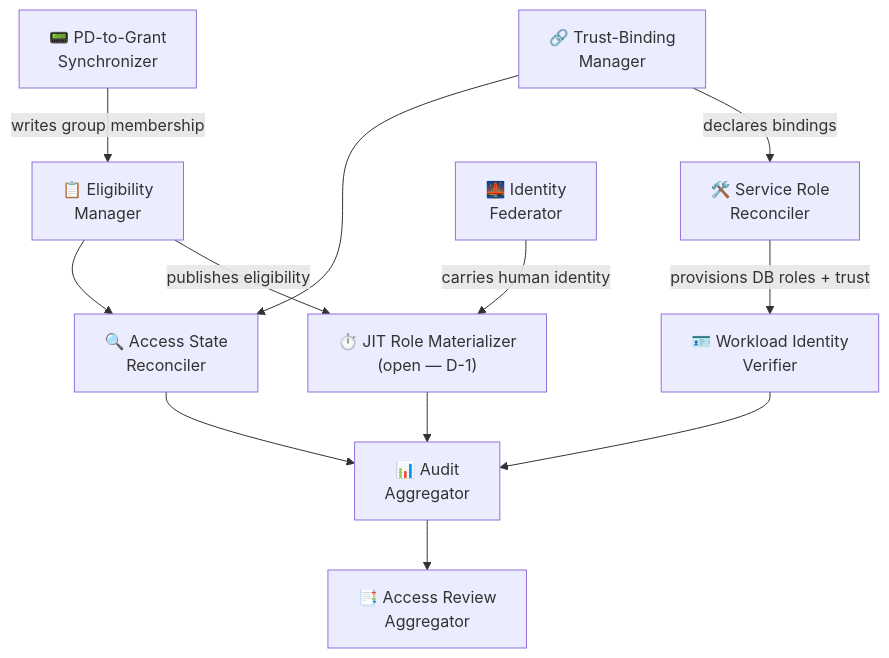
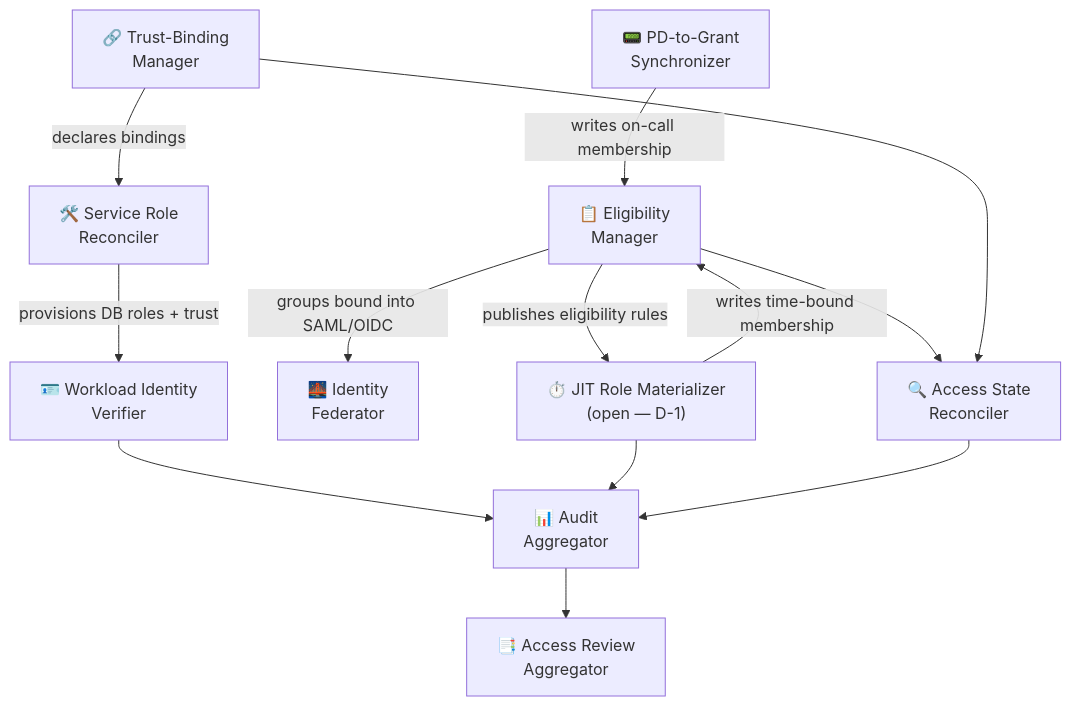
The second of 10 diagrams in presentations/credentials-access-platform/slides.generated.md (OrenOren1/blog), drawn with Mermaid before and after one commit. The commit also changed other lines of this file and 825 other files, not shown here.

````diff
--- a/presentations/credentials-access-platform/slides.generated.md
+++ b/presentations/credentials-access-platform/slides.generated.md
@@ -251,25 +212,26 @@
 ```mermaid
 graph TD
     EM["📋 Eligibility<br/>Manager"]
     TBM["🔗 Trust-Binding<br/>Manager"]
     SRR["🛠️ Service Role<br/>Reconciler"]
     WIV["🪪 Workload Identity<br/>Verifier"]
     IF["🌉 Identity<br/>Federator"]
     GRP["⏱️ JIT Role Materializer<br/>(open — D-1)"]
     PDS["📟 PD-to-Grant<br/>Synchronizer"]
     ASR["🔍 Access State<br/>Reconciler"]
     AUD["📊 Audit<br/>Aggregator"]
     ARA["📑 Access Review<br/>Aggregator"]
 
     TBM -->|"declares bindings"| SRR
     SRR -->|"provisions DB roles + trust"| WIV
-    PDS -->|"writes group membership"| EM
-    EM -->|"publishes eligibility"| GRP
-    IF -->|"carries human identity"| GRP
+    PDS -->|"writes on-call membership"| EM
+    EM -->|"publishes eligibility rules"| GRP
+    GRP -->|"writes time-bound membership"| EM
+    EM -->|"groups bound into SAML/OIDC"| IF
     EM --> ASR
     TBM --> ASR
     WIV --> AUD
     GRP --> AUD
     ASR --> AUD
     AUD --> ARA
 ```
````
